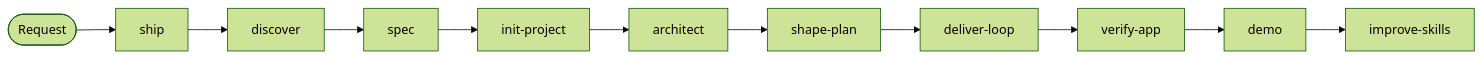
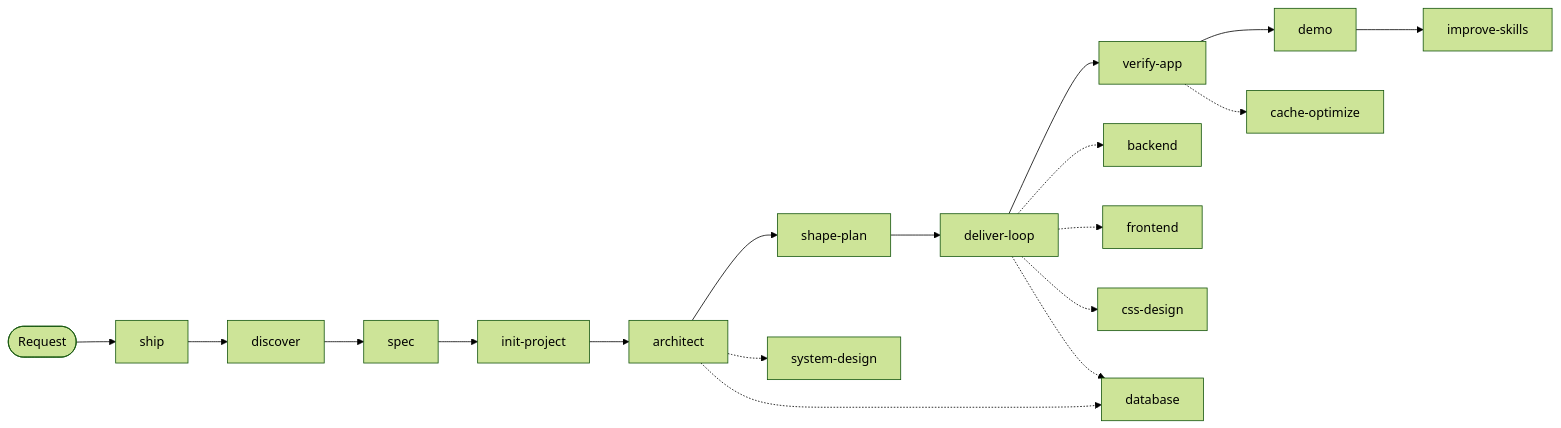
The diagram in README.md (deputychinh/Skills), drawn with Mermaid (forest theme) before and after one commit. The commit also changed other lines of this file and 2 other files, not shown here.

````diff
--- a/README.md
+++ b/README.md
@@ -9,6 +9,9 @@
 ```mermaid
 flowchart LR
   req([Request]) --> ship
   ship --> discover --> spec --> init[init-project] --> architect --> plan[shape-plan]
   plan --> loop[deliver-loop] --> verify[verify-app] --> demo --> improve[improve-skills]
+  architect -.-> sd[system-design] & db[database]
+  loop -.-> be[backend] & fe[frontend] & css[css-design] & db
+  verify -.-> perf[cache-optimize]
 ```
````
